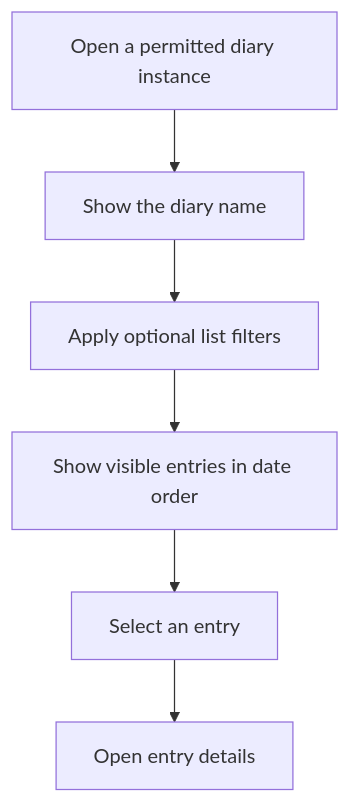
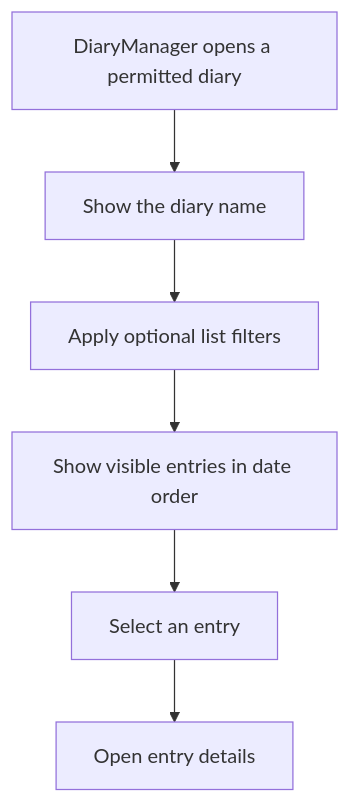
The sixth of 13 diagrams in docs/design/event-calendar.md (TonyFlury/GarageSale), drawn with Mermaid before and after one commit. The commit also changed other lines of this file and 4 other files, not shown here.

````diff
--- a/docs/design/event-calendar.md
+++ b/docs/design/event-calendar.md
@@ -481,8 +481,8 @@
 ```mermaid
 flowchart TD
-    A[Open a permitted diary instance] --> B[Show the diary name]
+    A[DiaryManager opens a permitted diary] --> B[Show the diary name]
     B --> C[Apply optional list filters]
     C --> D[Show visible entries in date order]
     D --> E[Select an entry]
     E --> F[Open entry details]
 ```
````
